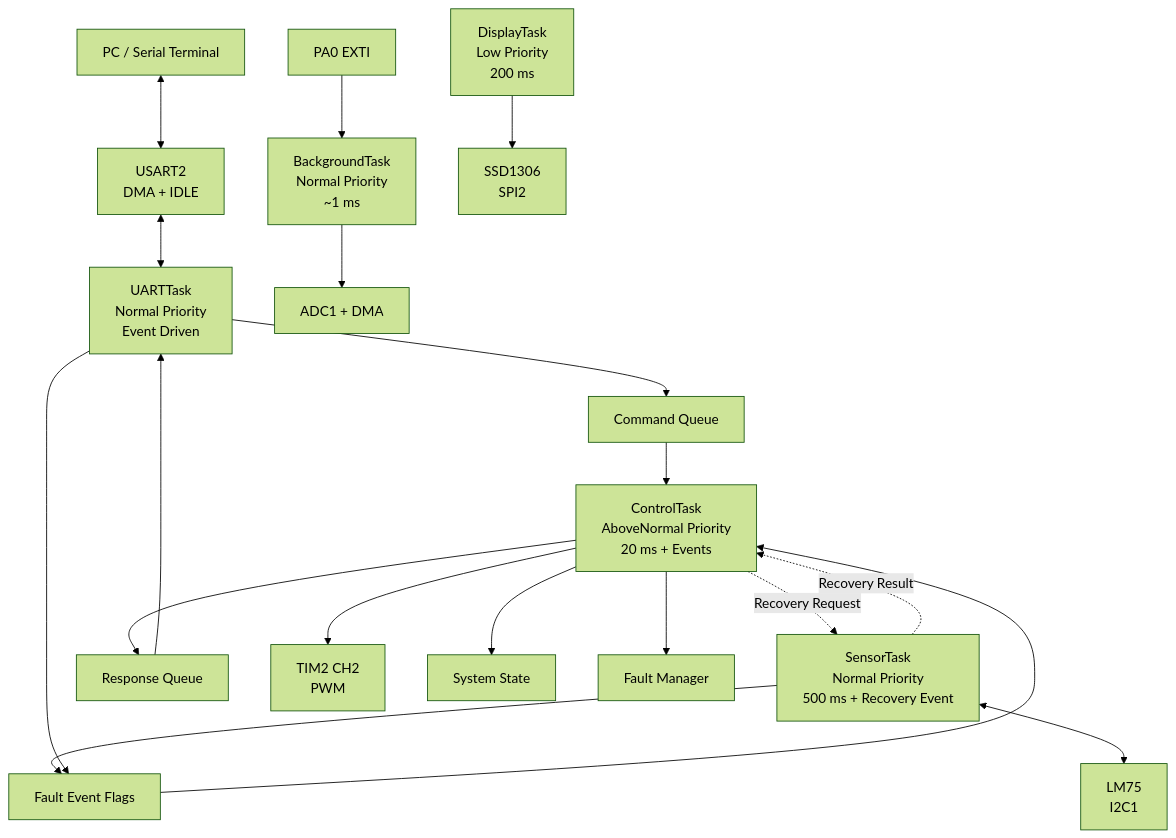
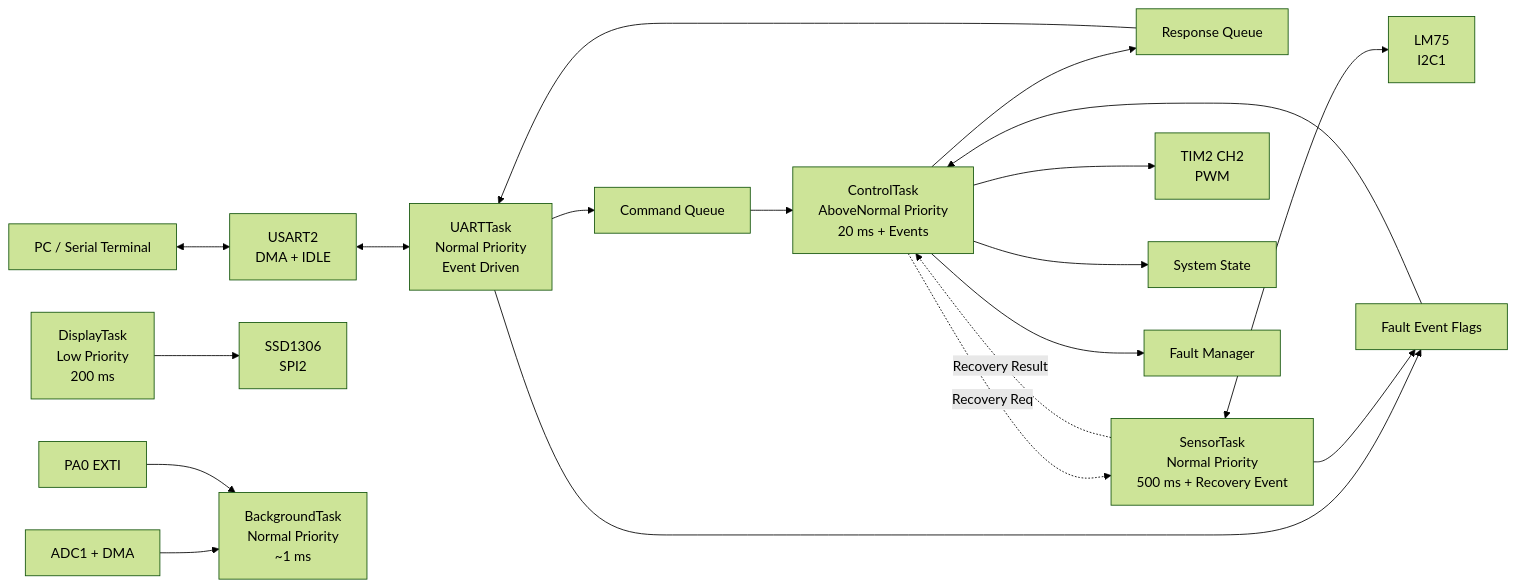
The first of 5 diagrams in README.md (John0729/STM32F407-FreeRTOS-Smart-Controller), drawn with Mermaid (forest theme) before and after one commit.

````diff
--- a/README.md
+++ b/README.md
@@ -53,29 +53,25 @@
 ```mermaid
-flowchart TB
+flowchart LR
+
+    %% =========================
+    %% UART Path
+    %% =========================
 
     PC[PC / Serial Terminal]
-
+    USART[USART2<br/>DMA + IDLE]
     UARTTASK[UARTTask<br/>Normal Priority<br/>Event Driven]
-    CONTROLTASK[ControlTask<br/>AboveNormal Priority<br/>20 ms + Events]
-    SENSORTASK[SensorTask<br/>Normal Priority<br/>500 ms + Recovery Event]
-    DISPLAYTASK[DisplayTask<br/>Low Priority<br/>200 ms]
-    BGTASK[BackgroundTask<br/>Normal Priority<br/>~1 ms]
-
-    CMDQ[Command Queue]
-    RESPQ[Response Queue]
-    FAULTEVT[Fault Event Flags]
-
-    USART[USART2<br/>DMA + IDLE]
-    LM75[LM75<br/>I2C1]
-    OLED[SSD1306<br/>SPI2]
-    PWM[TIM2 CH2<br/>PWM]
-    ADC[ADC1 + DMA]
-    BUTTON[PA0 EXTI]
-    STATE[System State]
-    FAULT[Fault Manager]
 
     PC <--> USART
     USART <--> UARTTASK
+
+
+    %% =========================
+    %% Control Path
+    %% =========================
+
+    CMDQ[Command Queue]
+    CONTROLTASK[ControlTask<br/>AboveNormal Priority<br/>20 ms + Events]
+    RESPQ[Response Queue]
 
     UARTTASK --> CMDQ
     CMDQ --> CONTROLTASK
@@ -83,19 +79,62 @@
     CONTROLTASK --> RESPQ
     RESPQ --> UARTTASK
 
+
+    %% =========================
+    %% Sensor Path
+    %% =========================
+
+    SENSORTASK[SensorTask<br/>Normal Priority<br/>500 ms + Recovery Event]
+    LM75[LM75<br/>I2C1]
+
+    SENSORTASK <--> LM75
+
+    CONTROLTASK -. Recovery Req .-> SENSORTASK
+    SENSORTASK -. Recovery Result .-> CONTROLTASK
+
+
+    %% =========================
+    %% Fault Reporting
+    %% =========================
+
+    FAULTEVT[Fault Event Flags]
+
+    UARTTASK --> FAULTEVT
     SENSORTASK --> FAULTEVT
-    UARTTASK --> FAULTEVT
     FAULTEVT --> CONTROLTASK
 
-    CONTROLTASK -. Recovery Request .-> SENSORTASK
-    SENSORTASK -. Recovery Result .-> CONTROLTASK
 
-    SENSORTASK <--> LM75
-    DISPLAYTASK --> OLED
-    BGTASK --> ADC
-    BUTTON --> BGTASK
+    %% =========================
+    %% Control Ownership
+    %% =========================
+
+    PWM[TIM2 CH2<br/>PWM]
+    STATE[System State]
+    FAULT[Fault Manager]
 
     CONTROLTASK --> PWM
     CONTROLTASK --> STATE
     CONTROLTASK --> FAULT
+
+
+    %% =========================
+    %% Display Path
+    %% =========================
+
+    DISPLAYTASK[DisplayTask<br/>Low Priority<br/>200 ms]
+    OLED[SSD1306<br/>SPI2]
+
+    DISPLAYTASK --> OLED
+
+
+    %% =========================
+    %% Background Path
+    %% =========================
+
+    ADC[ADC1 + DMA]
+    BUTTON[PA0 EXTI]
+    BGTASK[BackgroundTask<br/>Normal Priority<br/>~1 ms]
+
+    ADC --> BGTASK
+    BUTTON --> BGTASK
 ```
````
